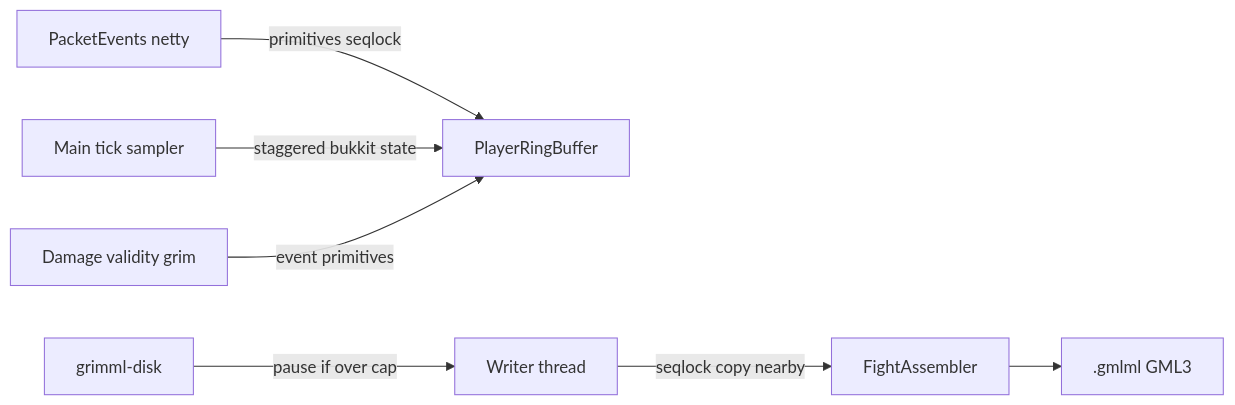
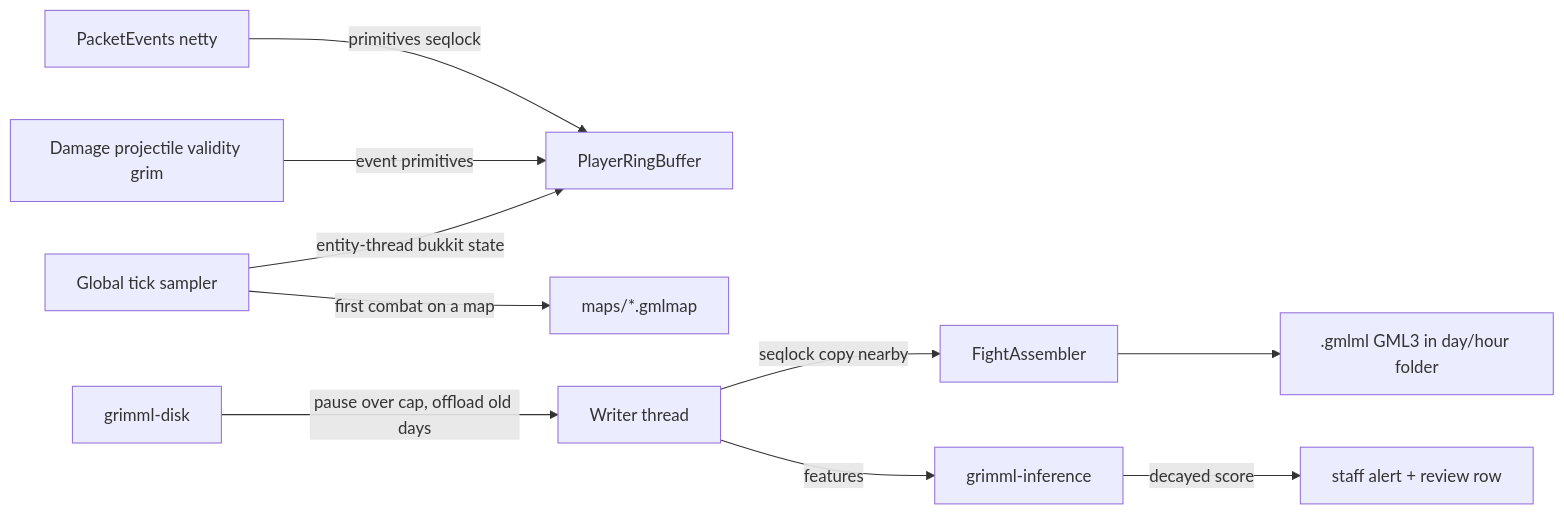
Before and after one commit to vanillaxtra/grimml: the diagram in docs/architecture.md, drawn with Mermaid. The commit also changed other lines of this file and 11 other files, not shown here.

````diff
--- a/docs/architecture.md
+++ b/docs/architecture.md
@@ -40,9 +46,12 @@
 ```mermaid
 flowchart LR
     A[PacketEvents netty] -->|primitives seqlock| B[PlayerRingBuffer]
-    C[Main tick sampler] -->|staggered bukkit state| B
-    D[Damage validity grim] -->|event primitives| B
+    C[Global tick sampler] -->|entity-thread bukkit state| B
+    D[Damage projectile validity grim] -->|event primitives| B
     E[Writer thread] -->|seqlock copy nearby| F[FightAssembler]
-    F --> G[.gmlml GML3]
-    H[grimml-disk] -->|pause if over cap| E
+    F --> G[.gmlml GML3 in day/hour folder]
+    E -->|features| I[grimml-inference]
+    I -->|decayed score| J[staff alert + review row]
+    H[grimml-disk] -->|pause over cap, offload old days| E
+    C -->|first combat on a map| K[maps/*.gmlmap]
 ```
````
